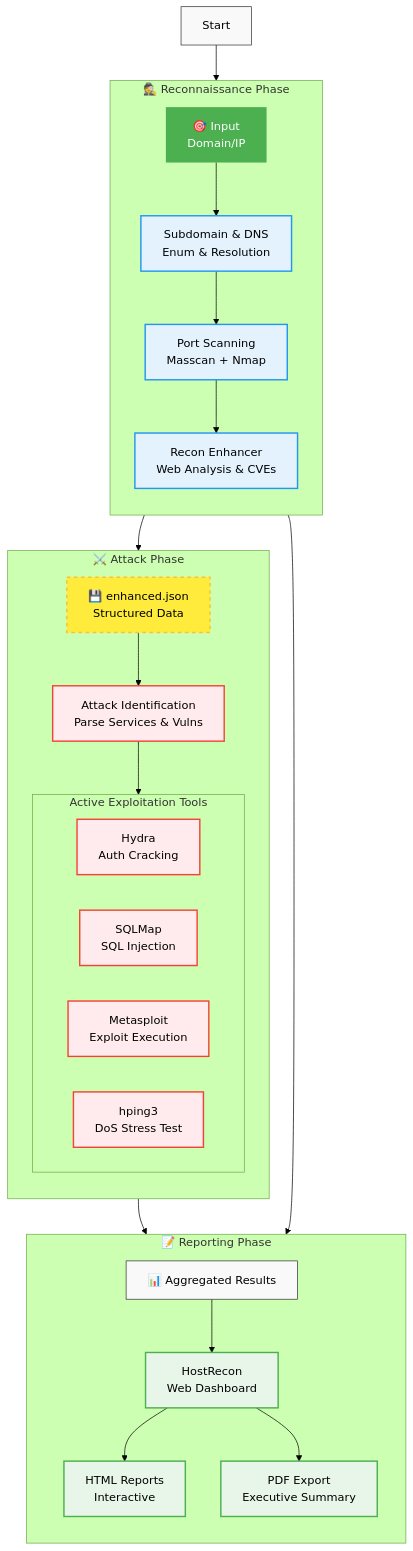
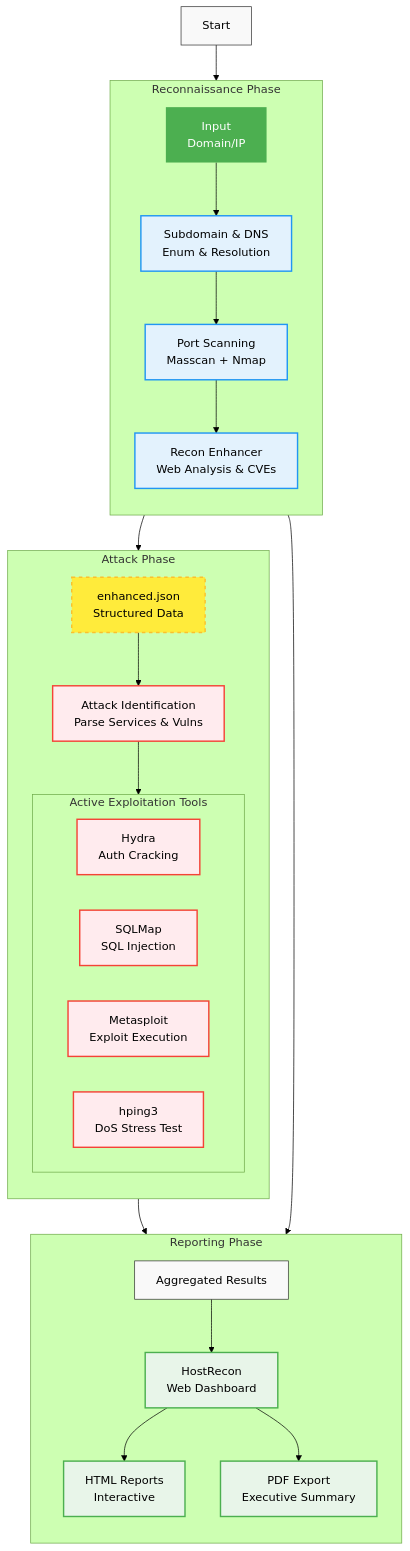
The third of 3 diagrams in README.md (koffandaff/nullprotocol), drawn with Mermaid (forest theme) before and after one commit.

Commit message:
Remove emojis from README flow diagrams

````diff
--- a/README.md
+++ b/README.md
@@ -92,63 +92,63 @@
 ```mermaid
 graph TD
     %% START
-    A[Start] --> B[🎯 Input<br>Domain/IP]
+    A[Start] --> B[ Input<br>Domain/IP]
     
     %% RECON PHASE
-    subgraph Recon [🕵️ Reconnaissance Phase]
+    subgraph Recon [ Reconnaissance Phase]
         direction TB
         R1[Subdomain & DNS<br>Enum & Resolution]
         R2[Port Scanning<br>Masscan + Nmap]
         R3[Recon Enhancer<br>Web Analysis & CVEs]
         
         B --> R1 --> R2 --> R3
     end
 
     %% HANDOFF
-    R3 --> D[💾 enhanced.json<br>Structured Data]
+    R3 --> D[ enhanced.json<br>Structured Data]
 
     %% ATTACK PHASE
-    subgraph Attack [⚔️ Attack Phase]
+    subgraph Attack [ Attack Phase]
         direction TB
         A1[Attack Identification<br>Parse Services & Vulns]
         
         subgraph Tools [Active Exploitation Tools]
             T1[Hydra<br>Auth Cracking]
             T2[SQLMap<br>SQL Injection]
             T3[Metasploit<br>Exploit Execution]
             T4[hping3<br>DoS Stress Test]
         end
         
         D --> A1
         A1 --> Tools
     end
 
     %% REPORTING PHASE
-    Tools --> E[📊 Aggregated Results]
+    Tools --> E[ Aggregated Results]
     R3 --> E
     
-    subgraph Report [📝 Reporting Phase]
+    subgraph Report [ Reporting Phase]
         direction TB
         H1[HostRecon<br>Web Dashboard]
         H2[HTML Reports<br>Interactive]
         H3[PDF Export<br>Executive Summary]
         
         E --> H1
         H1 --> H2
         H1 --> H3
     end
 
     %% STYLING
     classDef default fill:#f9f9f9,stroke:#333,stroke-width:1px;
     classDef input fill:#4CAF50,color:white,stroke:none;
     classDef recon fill:#E3F2FD,stroke:#2196F3,stroke-width:2px;
     classDef data fill:#FFEB3B,stroke:#FBC02D,stroke-width:2px,stroke-dasharray: 5 5;
     classDef attack fill:#FFEBEE,stroke:#F44336,stroke-width:2px;
     classDef report fill:#E8F5E9,stroke:#4CAF50,stroke-width:2px;
     
     class B input;
     class R1,R2,R3 recon;
     class D data;
     class A1,T1,T2,T3,T4 attack;
     class H1,H2,H3 report;
 ```
````
